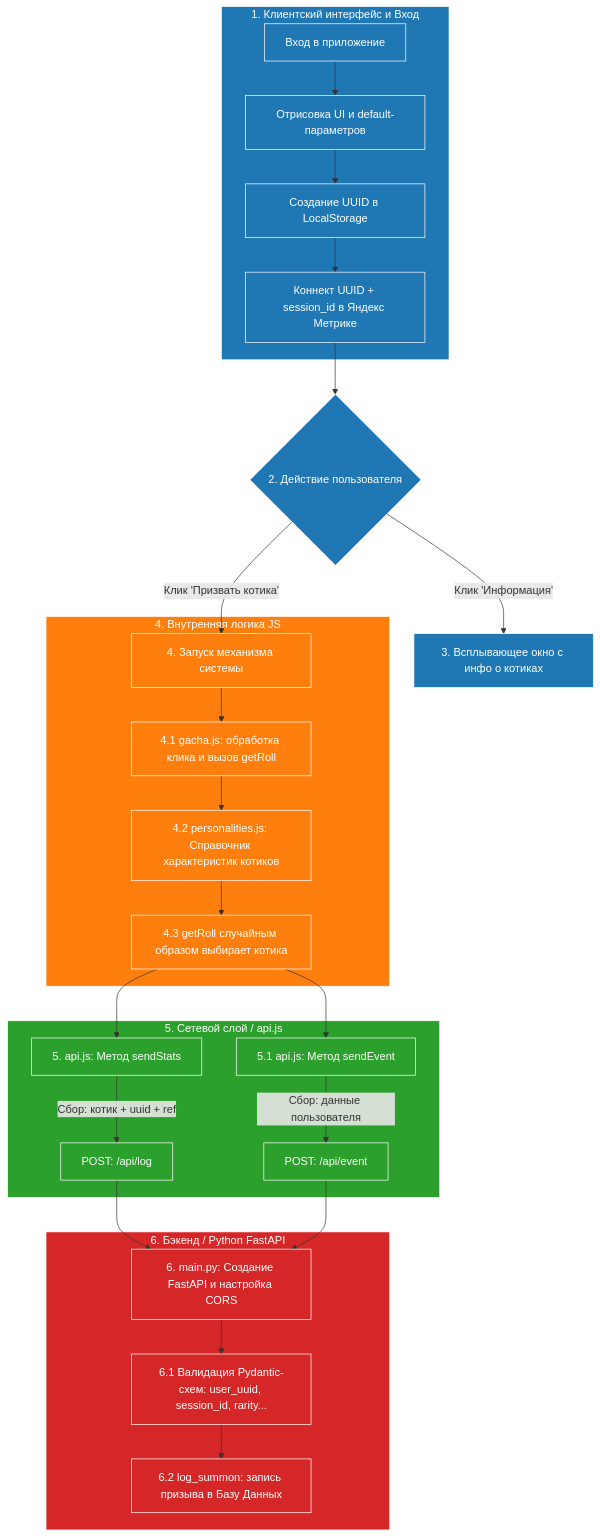
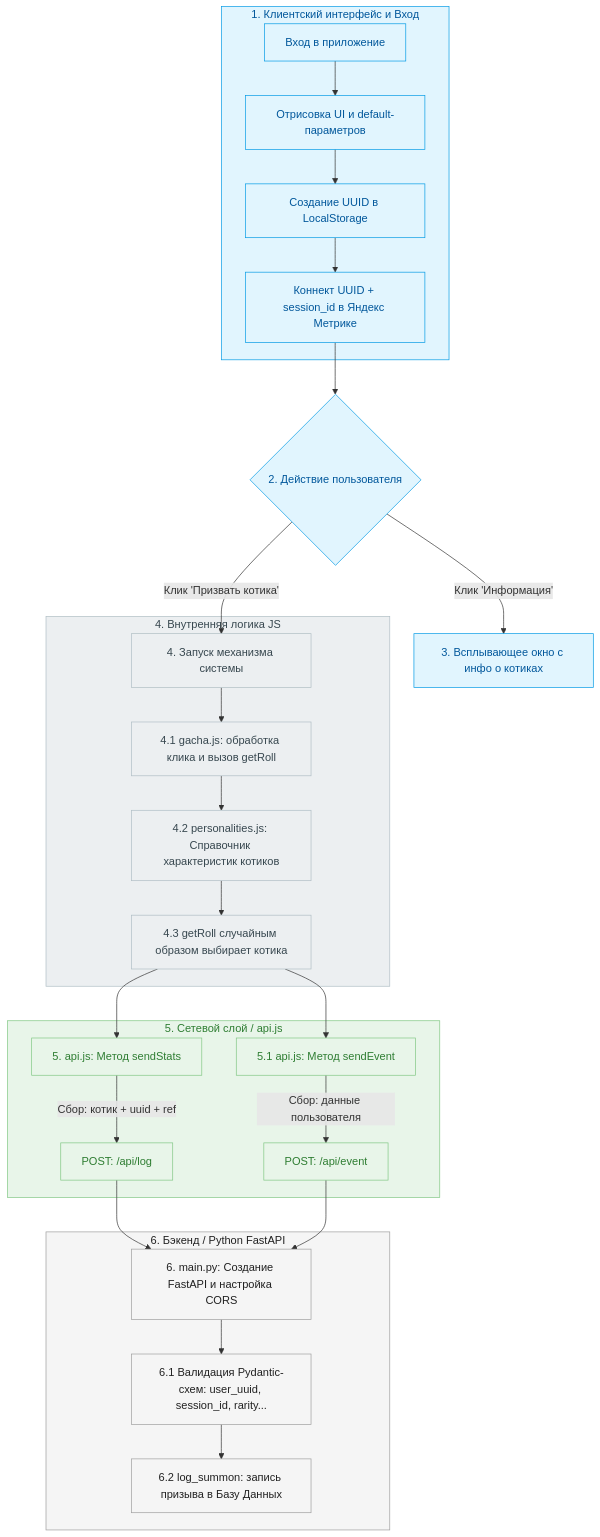
The diagram in qa/system_story.md (ilyushkeane/cat_summoner), drawn with Mermaid before and after one commit.

````diff
--- a/qa/system_story.md
+++ b/qa/system_story.md
@@ -9,54 +9,54 @@
 ```mermaid
 graph TD
-    %% Определение стилей для слоев
-    classDef client fill:#1f77b4,stroke:#fff,stroke-width:1px,color:#fff;
-    classDef js fill:#ff7f0e,stroke:#fff,stroke-width:1px,color:#fff;
-    classDef api fill:#2ca02c,stroke:#fff,stroke-width:1px,color:#fff;
-    classDef server fill:#d62728,stroke:#fff,stroke-width:1px,color:#fff;
+    %% Новая палитра: мягкие, менее яркие и профессиональные цвета
+    classDef client fill:#e1f5fe,stroke:#039be5,stroke-width:1px,color:#01579b;
+    classDef js fill:#eceff1,stroke:#b0bec5,stroke-width:1px,color:#37474f;
+    classDef api fill:#e8f5e9,stroke:#81c784,stroke-width:1px,color:#2e7d32;
+    classDef server fill:#f5f5f5,stroke:#9e9e9e,stroke-width:1px,color:#212121;
 
     %% Слой 1: Клиентский интерфейс
     subgraph Client [1. Клиентский интерфейс и Вход]
         A[Вход в приложение] --> B[Отрисовка UI и default-параметров]
         B --> C[Создание UUID в LocalStorage]
         C --> D[Коннект UUID + session_id в Яндекс Метрике]
     end
     class Client,A,B,C,D client;
 
     %% Слой 2: Выбор действий
     D --> E{2. Действие пользователя}
     class E client;
 
     %% Ветка Информации
     E -->|Клик 'Информация'| F[3. Всплывающее окно с инфо о котиках]
     class F client;
 
     %% Ветка Призыва
     E -->|Клик 'Призвать котика'| G[4. Запуск механизма системы]
 
     %% Слой 3: Логика JS модулей
     subgraph JS_Modules [4. Внутренняя логика JS]
         G --> H[4.1 gacha.js: обработка клика и вызов getRoll]
         H --> I[4.2 personalities.js: Справочник характеристик котиков]
         I --> J[4.3 getRoll случайным образом выбирает котика]
     end
     class JS_Modules,G,H,I,J js;
 
     %% Слой 4: Сетевые запросы
     subgraph API_Layer [5. Сетевой слой / api.js]
         J --> K[5. api.js: Метод sendStats]
         K -->|Сбор: котик + uuid + ref| L[POST: /api/log]
         
         J --> M[5.1 api.js: Метод sendEvent]
         M -->|Сбор: данные пользователя| N[POST: /api/event]
     end
     class API_Layer,K,L,M,N api;
 
     %% Слой 5: Бэкенд на FastAPI
     subgraph Backend [6. Бэкенд / Python FastAPI]
         L --> O[6. main.py: Создание FastAPI и настройка CORS]
         N --> O
         O --> P[6.1 Валидация Pydantic-схем: user_uuid, session_id, rarity...]
         P --> Q[6.2 log_summon: запись призыва в Базу Данных]
     end
     class Backend,O,P,Q server;
 ```
````
